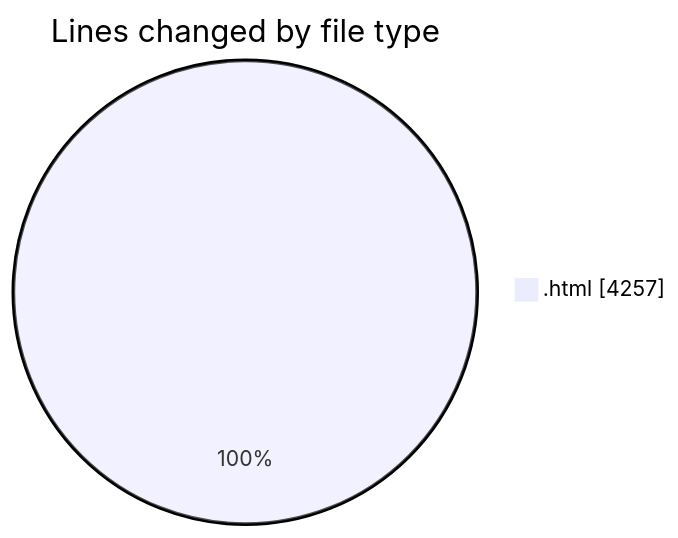
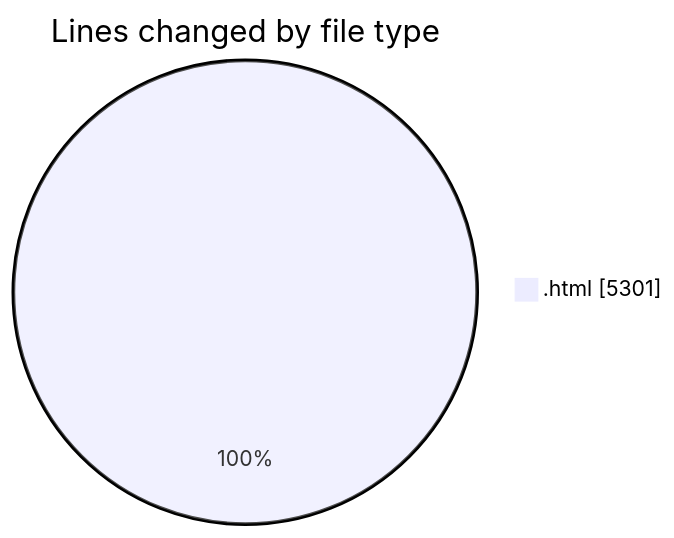
One commit to nxtqubesakshisongat/code-tracking changed the first of 2 diagrams in 2025-08-10/nxtqube_webapp/README.md. Above: the diagram before and after it, drawn with Mermaid. The commit also changed other lines of this file and 1 other file, not shown here.

````diff
--- a/2025-08-10/nxtqube_webapp/README.md
+++ b/2025-08-10/nxtqube_webapp/README.md
@@ -21,5 +22,5 @@
 ```mermaid
 pie showData
 title Lines changed by file type
-".html" : 4257
+".html" : 5301
 ```
````
